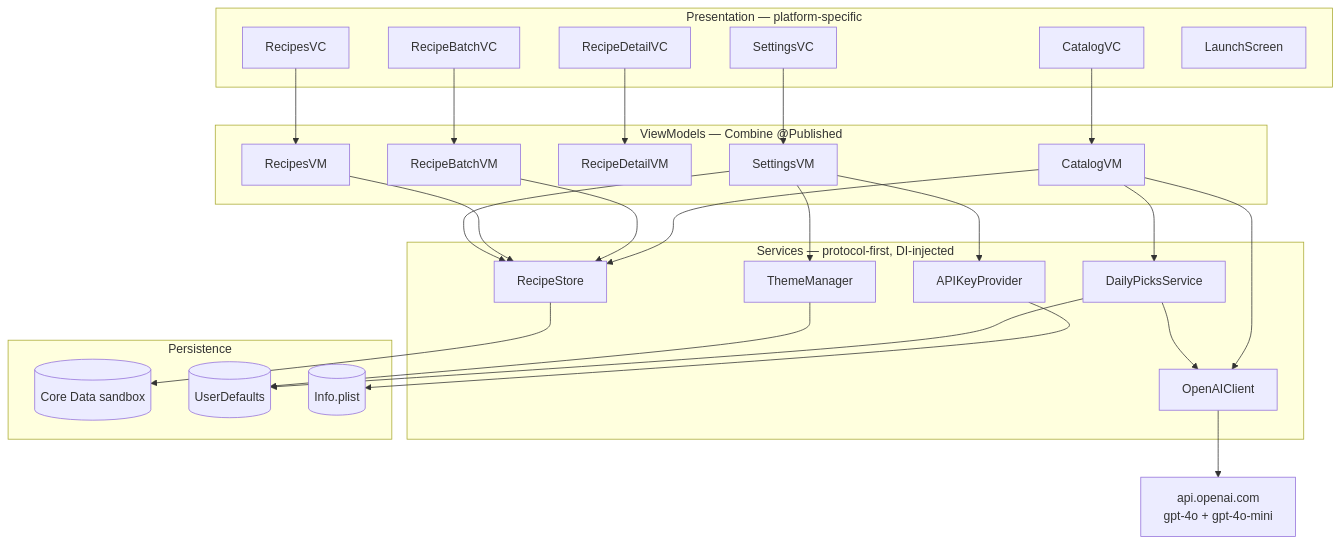
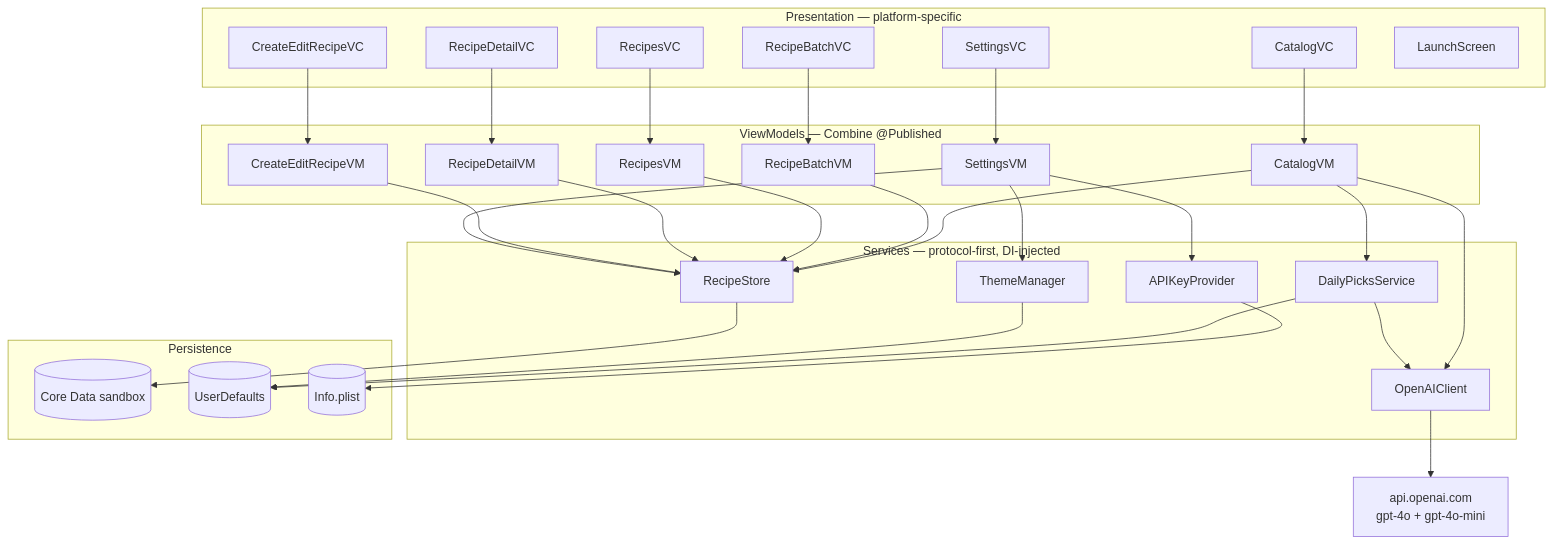
One commit to ZeekrBaha/fridgechef-ios changed the ninth of 9 diagrams in docs/CROSS_PLATFORM_SPEC.md. Above: the diagram before and after it, drawn with Mermaid. The commit also changed other lines of this file and 7 other files, not shown here.

First line of the commit message:
feat: redesign Recipes cell, move favorite to bottom toolbar, polish create/edit + CRUD tests

````diff
--- a/docs/CROSS_PLATFORM_SPEC.md
+++ b/docs/CROSS_PLATFORM_SPEC.md
@@ -546,55 +723,60 @@
 ```mermaid
 flowchart TB
     subgraph UI[Presentation — platform-specific]
         Catalog[CatalogVC]
         Batch[RecipeBatchVC]
         Detail[RecipeDetailVC]
         Recipes[RecipesVC]
+        CreateEdit[CreateEditRecipeVC]
         Settings[SettingsVC]
         Launch[LaunchScreen]
     end
 
     subgraph VM[ViewModels — Combine @Published]
         CVM[CatalogVM]
         RBVM[RecipeBatchVM]
         RDVM[RecipeDetailVM]
         RVM[RecipesVM]
+        CEVM[CreateEditRecipeVM]
         SVM[SettingsVM]
     end
 
     subgraph Services[Services — protocol-first, DI-injected]
         OAC[OpenAIClient]
         RS[RecipeStore]
         DPS[DailyPicksService]
         TM[ThemeManager]
         APK[APIKeyProvider]
     end
 
     subgraph Persistence
         CD[(Core Data sandbox)]
         UD[(UserDefaults)]
         Plist[(Info.plist)]
     end
 
     Catalog --> CVM
     Batch --> RBVM
     Detail --> RDVM
     Recipes --> RVM
+    CreateEdit --> CEVM
     Settings --> SVM
 
     CVM --> OAC
     CVM --> RS
     CVM --> DPS
     DPS --> OAC
     DPS --> UD
     RBVM --> RS
     RVM --> RS
+    RDVM --> RS
+    CEVM --> RS
     SVM --> TM
     SVM --> RS
     SVM --> APK
 
     OAC --> OAI[api.openai.com<br/>gpt-4o + gpt-4o-mini]
     RS --> CD
     TM --> UD
     APK --> Plist
 ```
````
